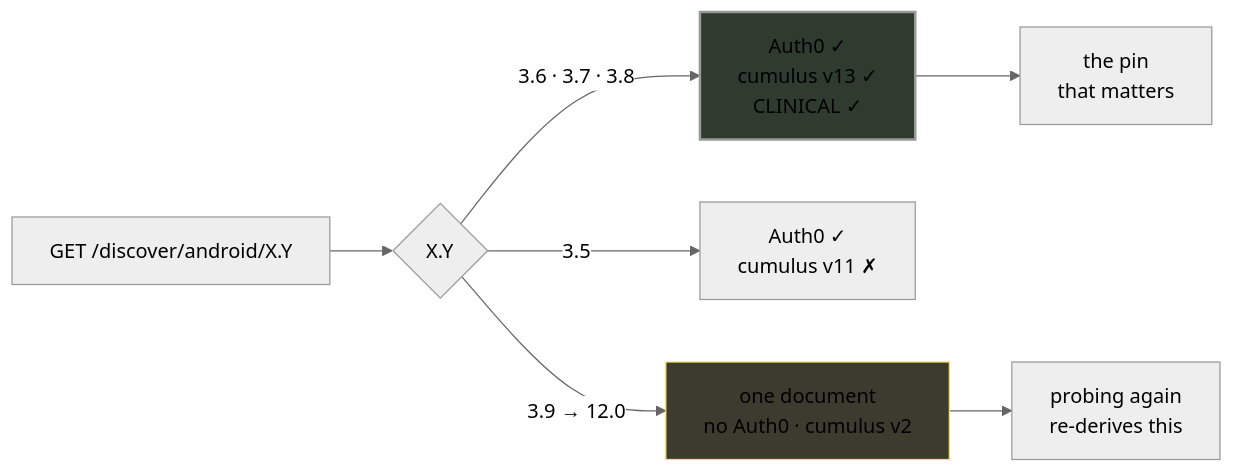
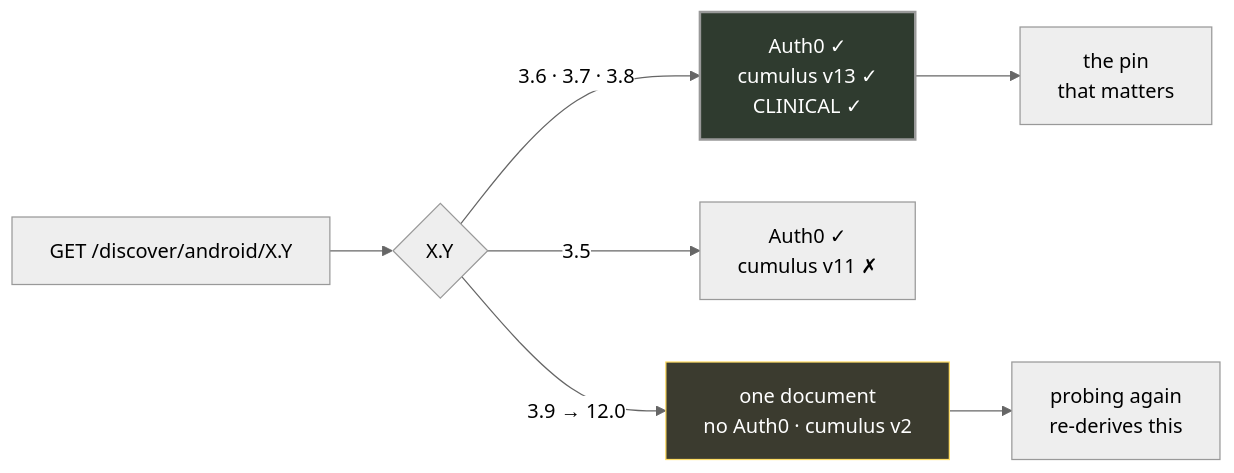
One commit to NovaLux12/carelink-api-research changed the first of 4 diagrams in README.md. Above: the diagram before and after it, drawn with Mermaid (neutral theme). The commit also changed other lines of this file, not shown here.

First line of the commit message:
README: light text on dark Mermaid nodes

````diff
--- a/README.md
+++ b/README.md
@@ -84,11 +84,11 @@
 ```mermaid
 flowchart LR
     A["GET /discover/android/X.Y"] --> B{X.Y}
     B -->|"3.6 · 3.7 · 3.8"| C["Auth0 ✓<br/>cumulus v13 ✓<br/>CLINICAL ✓"]
     B -->|"3.5"| D["Auth0 ✓<br/>cumulus v11 ✗"]
     B -->|"3.9 → 12.0"| E["one document<br/>no Auth0 · cumulus v2"]
     C --> F["the pin<br/>that matters"]
     E --> G["probing again<br/>re-derives this"]
-    style C fill:#2f3b2f,stroke:#6f,stroke-width:2px
-    style E fill:#3b3b2f,stroke:#fd6
+    style C fill:#2f3b2f,stroke:#6f,stroke-width:2px,color:#fff
+    style E fill:#3b3b2f,stroke:#fd6,color:#fff
 ```
````
